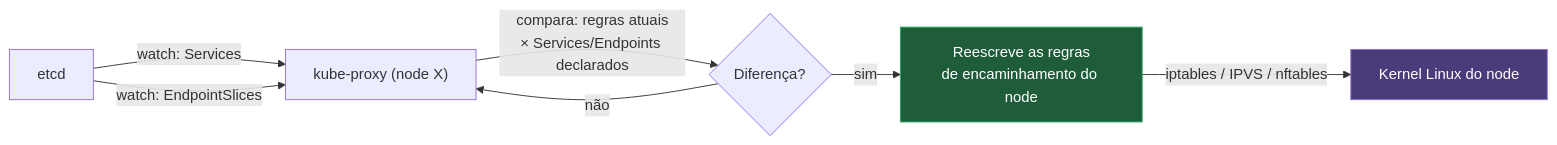
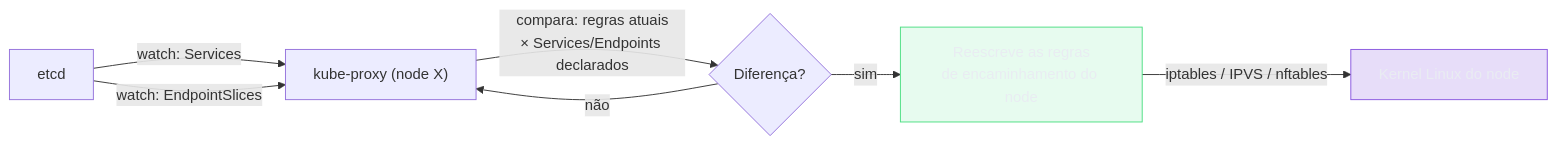
The third of 5 diagrams in 03-Dominios/Tecnologia/Infraestrutura/Kubernetes/20 - Rede do cluster por dentro.md (josenaldo/codex-technomanticus), drawn with Mermaid before and after one commit. The commit also changed other lines of this file and 1181 other files, not shown here.

First line of the commit message:
fix(diagramas): paleta do sistema no lugar de cor cravada no markdown

````diff
--- a/03-Dominios/Tecnologia/Infraestrutura/Kubernetes/20 - Rede do cluster por dentro.md
+++ b/03-Dominios/Tecnologia/Infraestrutura/Kubernetes/20 - Rede do cluster por dentro.md
@@ -127,12 +129,14 @@
 ```mermaid
 graph LR
+    classDef ok fill:#4ADE8021,stroke:#4ADE80,color:#E9ECF2
+    classDef marca fill:#8855DF33,stroke:#8855DF,color:#E9ECF2
     ETCD["etcd"] -->|"watch: Services"| KP["kube-proxy (node X)"]
     ETCD -->|"watch: EndpointSlices"| KP
     KP -->|"compara: regras atuais<br/>× Services/Endpoints declarados"| CMP{"Diferença?"}
     CMP -->|"sim"| ACT["Reescreve as regras<br/>de encaminhamento do node"]
     CMP -->|"não"| KP
     ACT -->|"iptables / IPVS / nftables"| KERNEL["Kernel Linux do node"]
 
-    style ACT fill:#1e5c3a,stroke:#27ae60,color:#fff
-    style KERNEL fill:#4a3b7a,stroke:#8e6fd6,color:#fff
+    class ACT ok
+    class KERNEL marca
 ```
````
